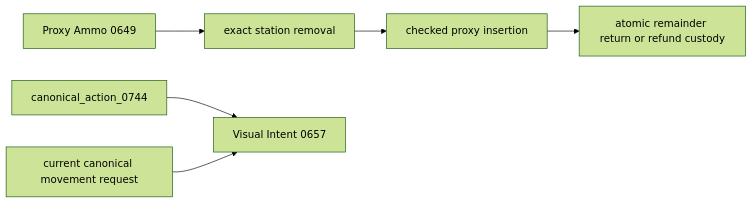
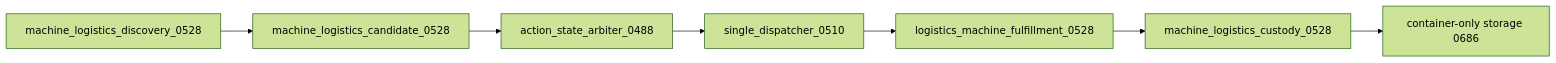
Before and after one commit to mrcalzon02/Tech-Priests: the seventh of 12 diagrams in docs/RECOVERY_AUTHORITY_MAP_CURRENT.md, drawn with Mermaid (forest theme). The commit also changed other lines of this file, not shown here.

````diff
--- a/docs/RECOVERY_AUTHORITY_MAP_CURRENT.md
+++ b/docs/RECOVERY_AUTHORITY_MAP_CURRENT.md
@@ -193,14 +172,13 @@
 ```mermaid
 flowchart LR
-    Ammo[Proxy Ammo 0649]
-    RemoveAmmo[exact station removal]
-    Insert[checked proxy insertion]
-    Return[atomic remainder return or refund custody]
-    Action[canonical_action_0744]
-    Movement[current canonical movement request]
-    Visual[Visual Intent 0657]
+    MachineDiscovery[machine_logistics_discovery_0528]
+    MachineCandidate[machine_logistics_candidate_0528]
+    Classifier[action_state_arbiter_0488]
+    Dispatcher[single_dispatcher_0510]
+    Machine[logistics_machine_fulfillment_0528]
+    MachineCustody[machine_logistics_custody_0528]
+    GenericStorage[container-only storage 0686]
 
-    Ammo --> RemoveAmmo --> Insert --> Return
-    Action --> Visual
-    Movement --> Visual
+    MachineDiscovery --> MachineCandidate --> Classifier --> Dispatcher --> Machine
+    Machine --> MachineCustody --> GenericStorage
 ```
````
